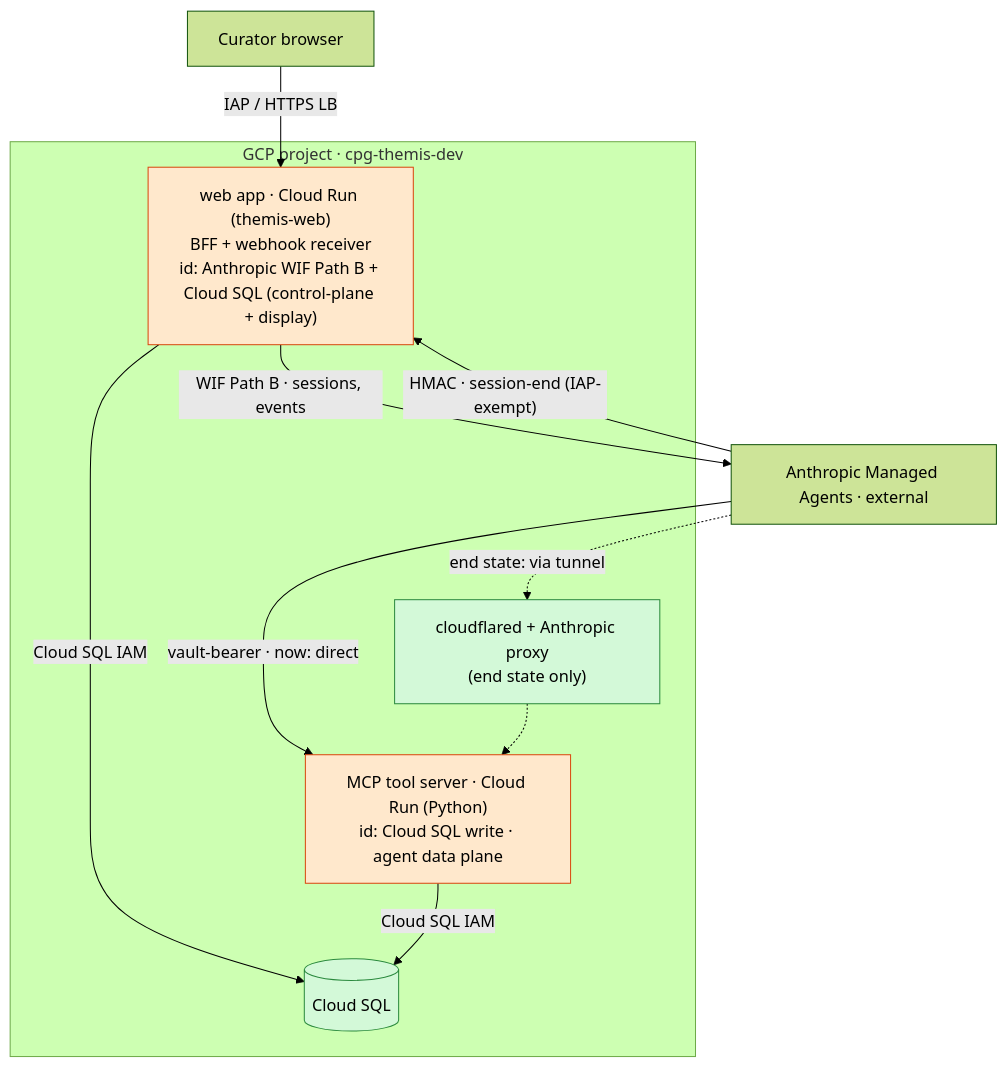
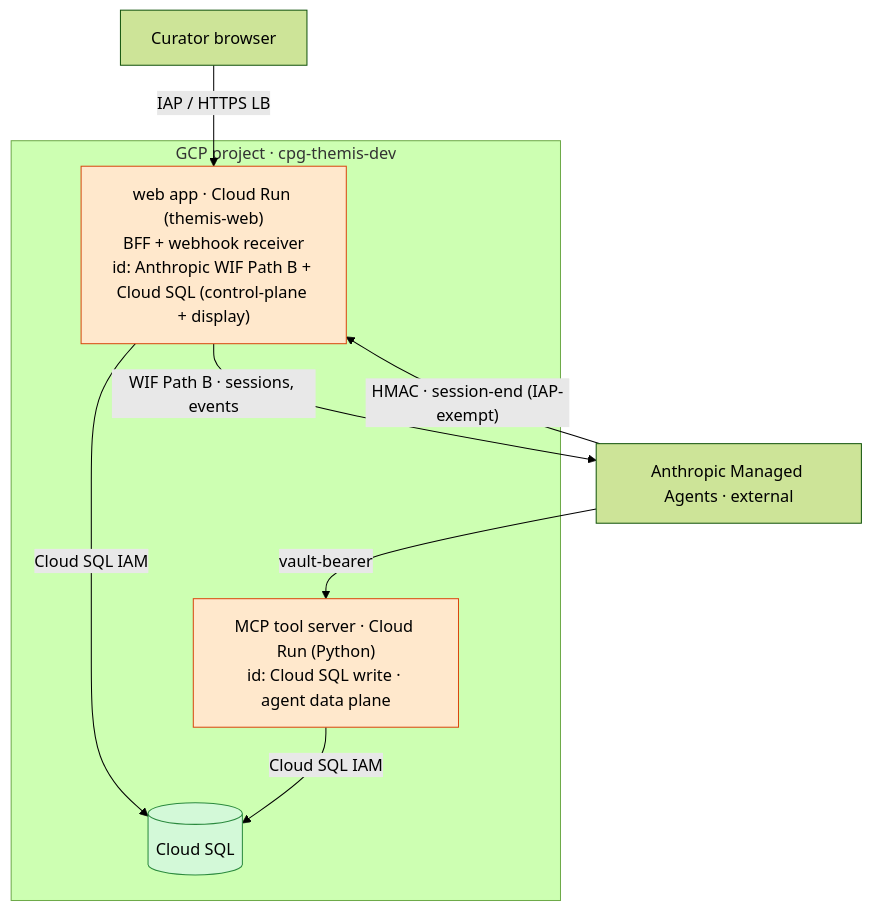
Before and after one commit to populationgenomics/themis: the diagram in docs/design/spike-infrastructure.md, drawn with Mermaid (forest theme). The commit also changed other lines of this file and 8 other files, not shown here.

````diff
--- a/docs/design/spike-infrastructure.md
+++ b/docs/design/spike-infrastructure.md
@@ -118,24 +119,21 @@
 ```mermaid
 flowchart TB
   browser["Curator browser"]
   ma["Anthropic Managed Agents · external"]
   subgraph gcp["GCP project · cpg-themis-dev"]
     web["web app · Cloud Run (themis-web)<br/>BFF + webhook receiver<br/>id: Anthropic WIF Path B + Cloud SQL (control-plane + display)"]
     mcp["MCP tool server · Cloud Run (Python)<br/>id: Cloud SQL write · agent data plane"]
-    cf["cloudflared + Anthropic proxy<br/>(end state only)"]
     sql[("Cloud SQL")]
   end
   browser -->|"IAP / HTTPS LB"| web
   web -->|"WIF Path B · sessions, events"| ma
   ma -->|"HMAC · session-end (IAP-exempt)"| web
-  ma -->|"vault-bearer · now: direct"| mcp
-  ma -.->|"end state: via tunnel"| cf
-  cf -.-> mcp
+  ma -->|"vault-bearer"| mcp
   web -->|"Cloud SQL IAM"| sql
   mcp -->|"Cloud SQL IAM"| sql
 
   classDef public fill:#ffe8cc,stroke:#d9480f,color:#000
   classDef internal fill:#d3f9d8,stroke:#2b8a3e,color:#000
   class web,mcp public
-  class sql,cf internal
+  class sql internal
 ```
````
